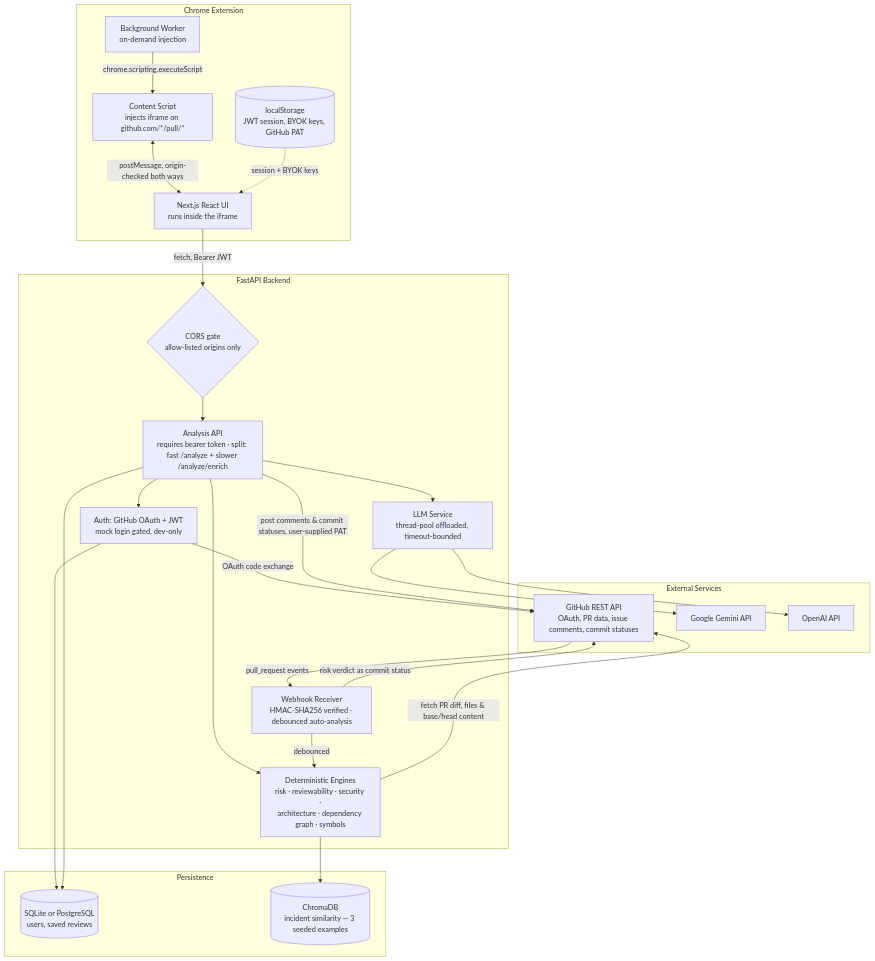
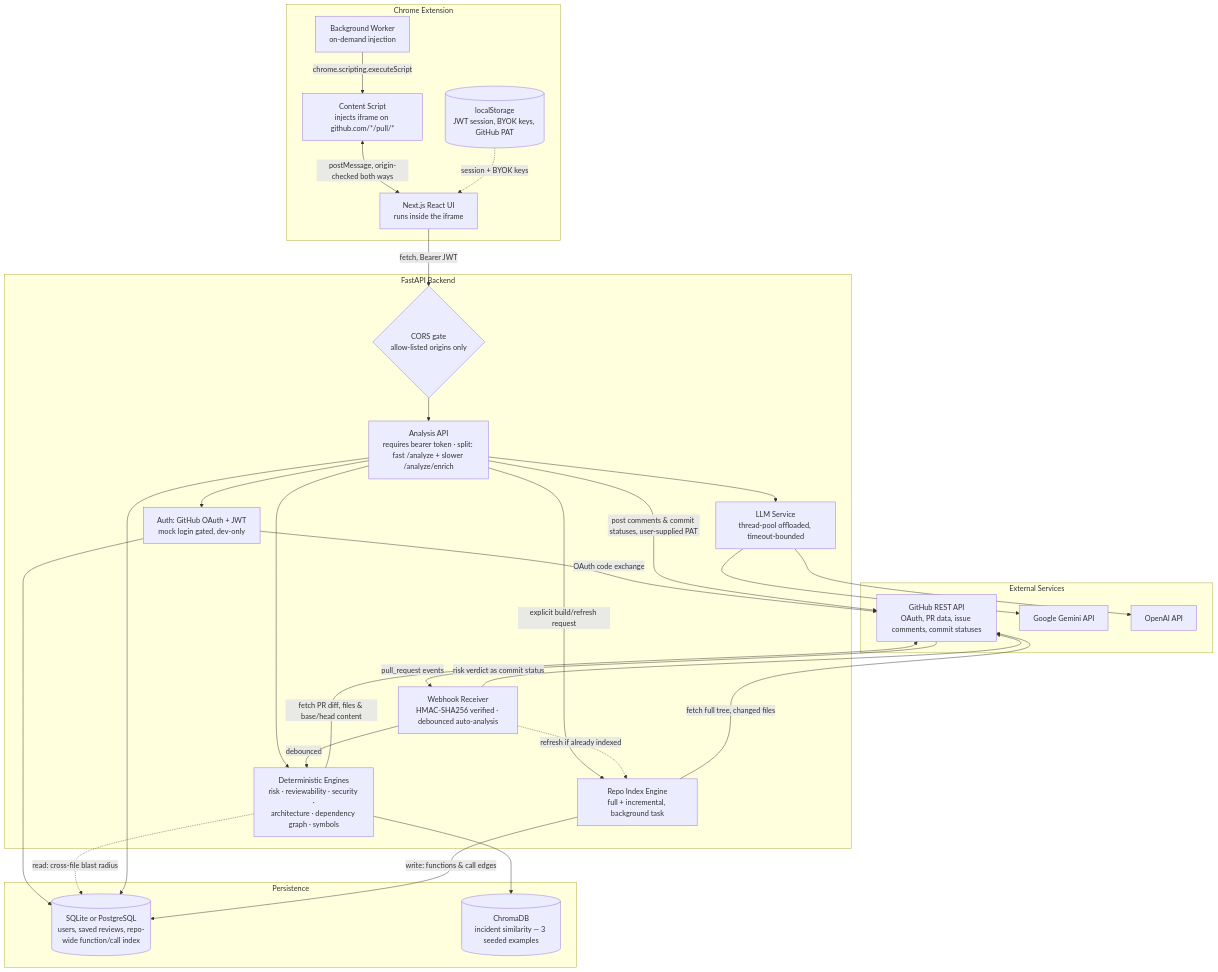
The diagram in README.md (kankaniakshat185/prscope-pr-review-intelligence), drawn with Mermaid before and after one commit. The commit also changed other lines of this file and 10 other files, not shown here.

Commit message:
implemented repo call graph index for blast radius analysis

````diff
--- a/README.md
+++ b/README.md
@@ -58,50 +63,56 @@
 ```mermaid
 graph TD
     subgraph Client [Chrome Extension]
         CS[Content Script<br/>injects iframe on github.com/*/pull/*]
         BS[Background Worker<br/>on-demand injection]
         UI[Next.js React UI<br/>runs inside the iframe]
         Storage[(localStorage<br/>JWT session, BYOK keys, GitHub PAT)]
     end
 
     subgraph Backend [FastAPI Backend]
         CORS{CORS gate<br/>allow-listed origins only}
         Auth[Auth: GitHub OAuth + JWT<br/>mock login gated, dev-only]
         API[Analysis API<br/>requires bearer token · split: fast /analyze + slower /analyze/enrich]
         Engines[Deterministic Engines<br/>risk · reviewability · security ·<br/>architecture · dependency graph · symbols]
+        Indexer[Repo Index Engine<br/>full + incremental, background task]
         LLMSvc[LLM Service<br/>thread-pool offloaded, timeout-bounded]
         Webhook[Webhook Receiver<br/>HMAC-SHA256 verified · debounced auto-analysis]
     end
 
     subgraph Data [Persistence]
-        DB[(SQLite or PostgreSQL<br/>users, saved reviews)]
+        DB[(SQLite or PostgreSQL<br/>users, saved reviews, repo-wide function/call index)]
         Chroma[(ChromaDB<br/>incident similarity — 3 seeded examples)]
     end
 
     subgraph External [External Services]
         GH[GitHub REST API<br/>OAuth, PR data, issue comments, commit statuses]
         Gemini[Google Gemini API]
         OpenAI[OpenAI API]
     end
 
     BS -->|chrome.scripting.executeScript| CS
     CS <-->|postMessage, origin-checked both ways| UI
     UI -->|fetch, Bearer JWT| CORS --> API
     Storage -.->|session + BYOK keys| UI
 
     API --> Auth
     Auth -->|OAuth code exchange| GH
     Auth --> DB
     API --> Engines
     Engines -->|fetch PR diff, files & base/head content| GH
+    Engines -.->|read: cross-file blast radius| DB
     API -->|post comments & commit statuses, user-supplied PAT| GH
     Engines --> Chroma
     API --> LLMSvc
     LLMSvc --> Gemini
     LLMSvc --> OpenAI
     API --> DB
+    API -->|explicit build/refresh request| Indexer
+    Indexer -->|fetch full tree, changed files| GH
+    Indexer -->|write: functions & call edges| DB
 
     GH -->|pull_request events| Webhook
     Webhook -->|debounced| Engines
+    Webhook -.->|refresh if already indexed| Indexer
     Webhook -->|risk verdict as commit status| GH
 ```
````
